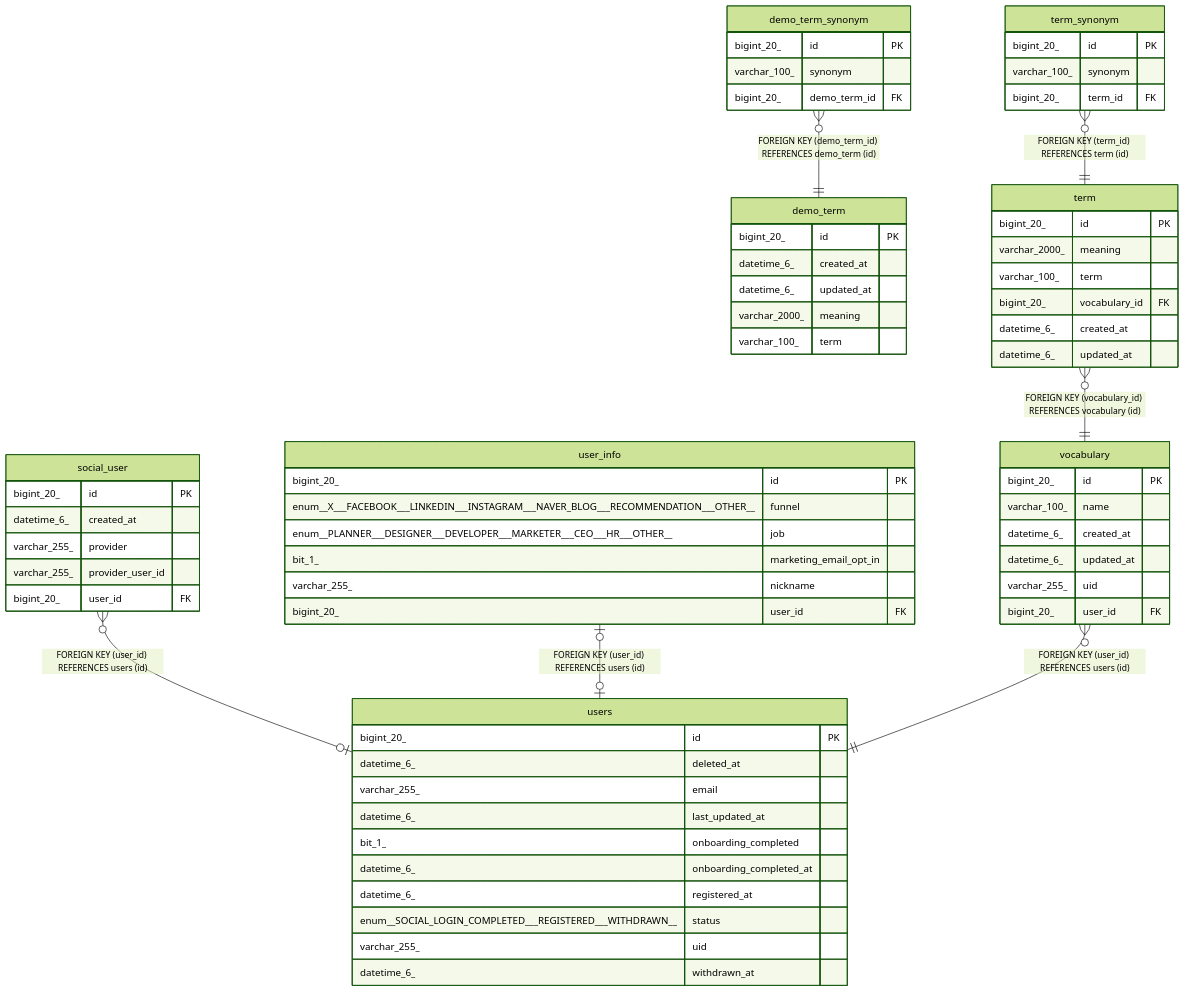
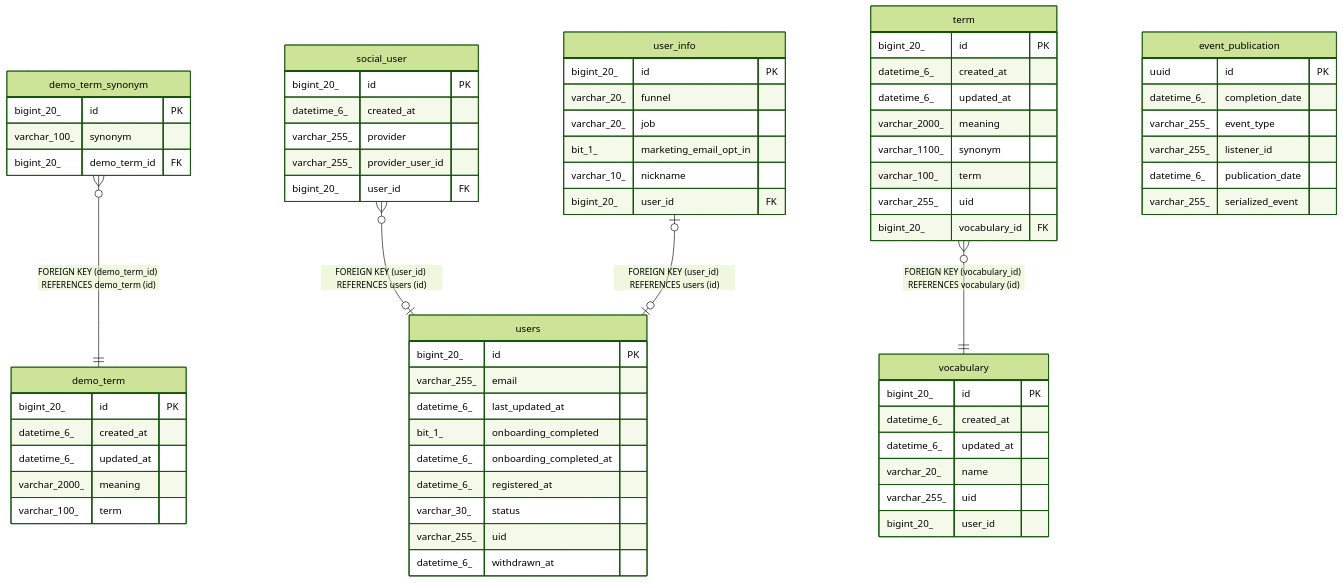
The diagram in docs/schema/README.md (makevook/vook-server), drawn with Mermaid (forest theme) before and after one commit. The commit also changed other lines of this file and 8 other files, not shown here.

Commit message:
docs: schema 업데이트

````diff
--- a/docs/schema/README.md
+++ b/docs/schema/README.md
@@ -18,71 +18,73 @@
 ```mermaid
 erDiagram
 
 "demo_term_synonym" }o--|| "demo_term" : "FOREIGN KEY (demo_term_id) REFERENCES demo_term (id)"
 "social_user" }o--o| "users" : "FOREIGN KEY (user_id) REFERENCES users (id)"
 "term" }o--|| "vocabulary" : "FOREIGN KEY (vocabulary_id) REFERENCES vocabulary (id)"
-"term_synonym" }o--|| "term" : "FOREIGN KEY (term_id) REFERENCES term (id)"
 "user_info" |o--o| "users" : "FOREIGN KEY (user_id) REFERENCES users (id)"
-"vocabulary" }o--|| "users" : "FOREIGN KEY (user_id) REFERENCES users (id)"
 
 "demo_term" {
   bigint_20_ id PK
   datetime_6_ created_at
   datetime_6_ updated_at
   varchar_2000_ meaning
   varchar_100_ term
 }
 "demo_term_synonym" {
   bigint_20_ id PK
   varchar_100_ synonym
   bigint_20_ demo_term_id FK
 }
+"event_publication" {
+  uuid id PK
+  datetime_6_ completion_date
+  varchar_255_ event_type
+  varchar_255_ listener_id
+  datetime_6_ publication_date
+  varchar_255_ serialized_event
+}
 "social_user" {
   bigint_20_ id PK
   datetime_6_ created_at
   varchar_255_ provider
   varchar_255_ provider_user_id
   bigint_20_ user_id FK
 }
 "term" {
   bigint_20_ id PK
-  varchar_2000_ meaning
-  varchar_100_ term
-  bigint_20_ vocabulary_id FK
   datetime_6_ created_at
   datetime_6_ updated_at
-}
-"term_synonym" {
-  bigint_20_ id PK
-  varchar_100_ synonym
-  bigint_20_ term_id FK
+  varchar_2000_ meaning
+  varchar_1100_ synonym
+  varchar_100_ term
+  varchar_255_ uid
+  bigint_20_ vocabulary_id FK
 }
 "users" {
   bigint_20_ id PK
-  datetime_6_ deleted_at
   varchar_255_ email
   datetime_6_ last_updated_at
   bit_1_ onboarding_completed
   datetime_6_ onboarding_completed_at
   datetime_6_ registered_at
-  enum__SOCIAL_LOGIN_COMPLETED___REGISTERED___WITHDRAWN__ status
+  varchar_30_ status
   varchar_255_ uid
   datetime_6_ withdrawn_at
 }
 "user_info" {
   bigint_20_ id PK
-  enum__X___FACEBOOK___LINKEDIN___INSTAGRAM___NAVER_BLOG___RECOMMENDATION___OTHER__ funnel
-  enum__PLANNER___DESIGNER___DEVELOPER___MARKETER___CEO___HR___OTHER__ job
+  varchar_20_ funnel
+  varchar_20_ job
   bit_1_ marketing_email_opt_in
-  varchar_255_ nickname
+  varchar_10_ nickname
   bigint_20_ user_id FK
 }
 "vocabulary" {
   bigint_20_ id PK
-  varchar_100_ name
   datetime_6_ created_at
   datetime_6_ updated_at
+  varchar_20_ name
   varchar_255_ uid
-  bigint_20_ user_id FK
+  bigint_20_ user_id
 }
 ```
````
